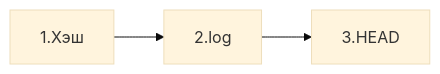
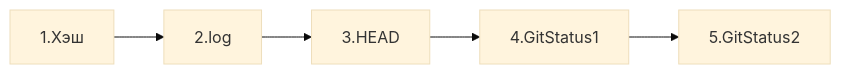
Before and after one commit to StRavenwing/first-project: the diagram in README.md, drawn with Mermaid (base theme).

Commit message:
Add 4th and 5th lessons

````diff
--- a/README.md
+++ b/README.md
@@ -22,7 +22,6 @@
 ``` mermaid 
 graph LR;
 
 %% Пройденные уроки
-1.Хэш --> 2.log --> 3.HEAD
-
+1.Хэш --> 2.log --> 3.HEAD --> 4.GitStatus1 --> 5.GitStatus2
 ```
````
